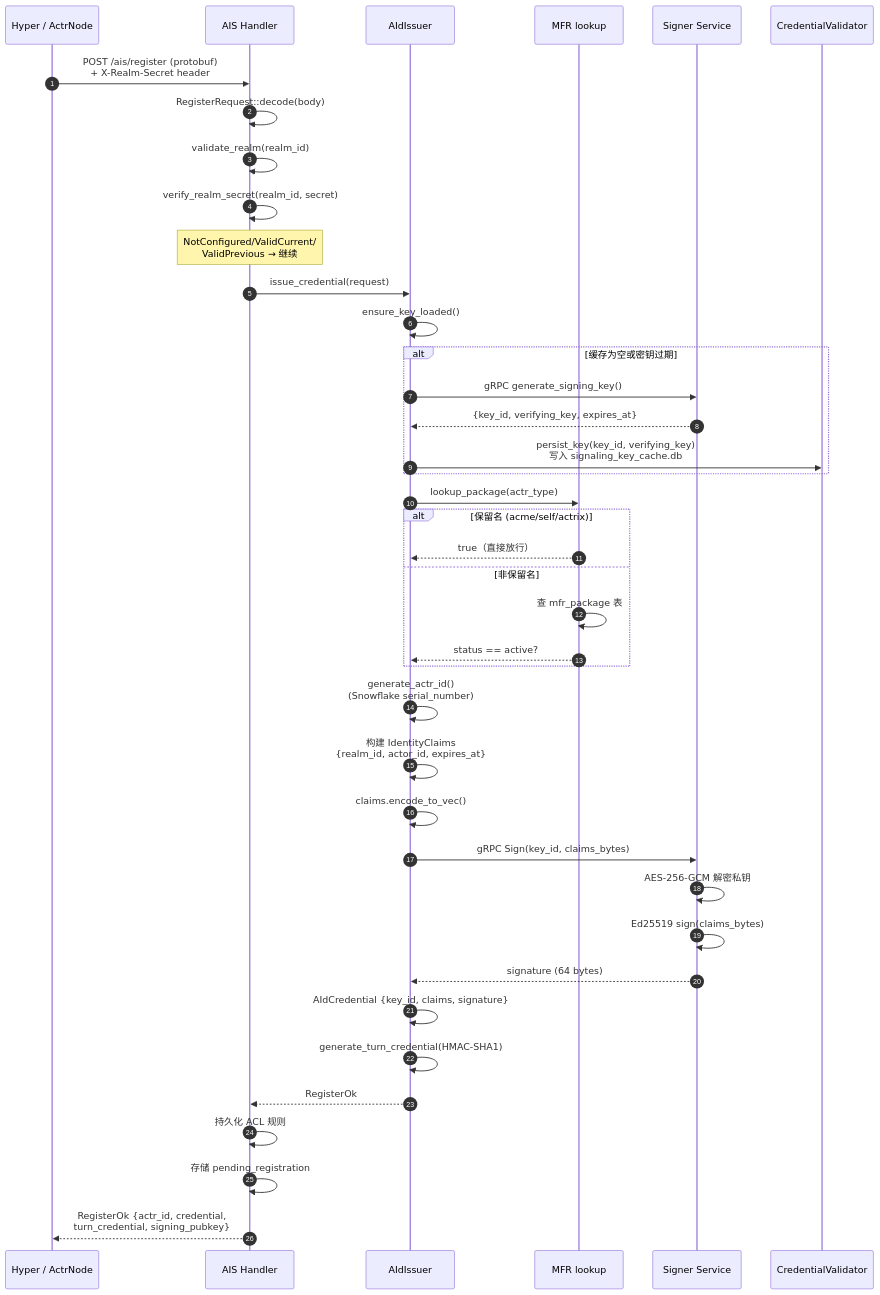
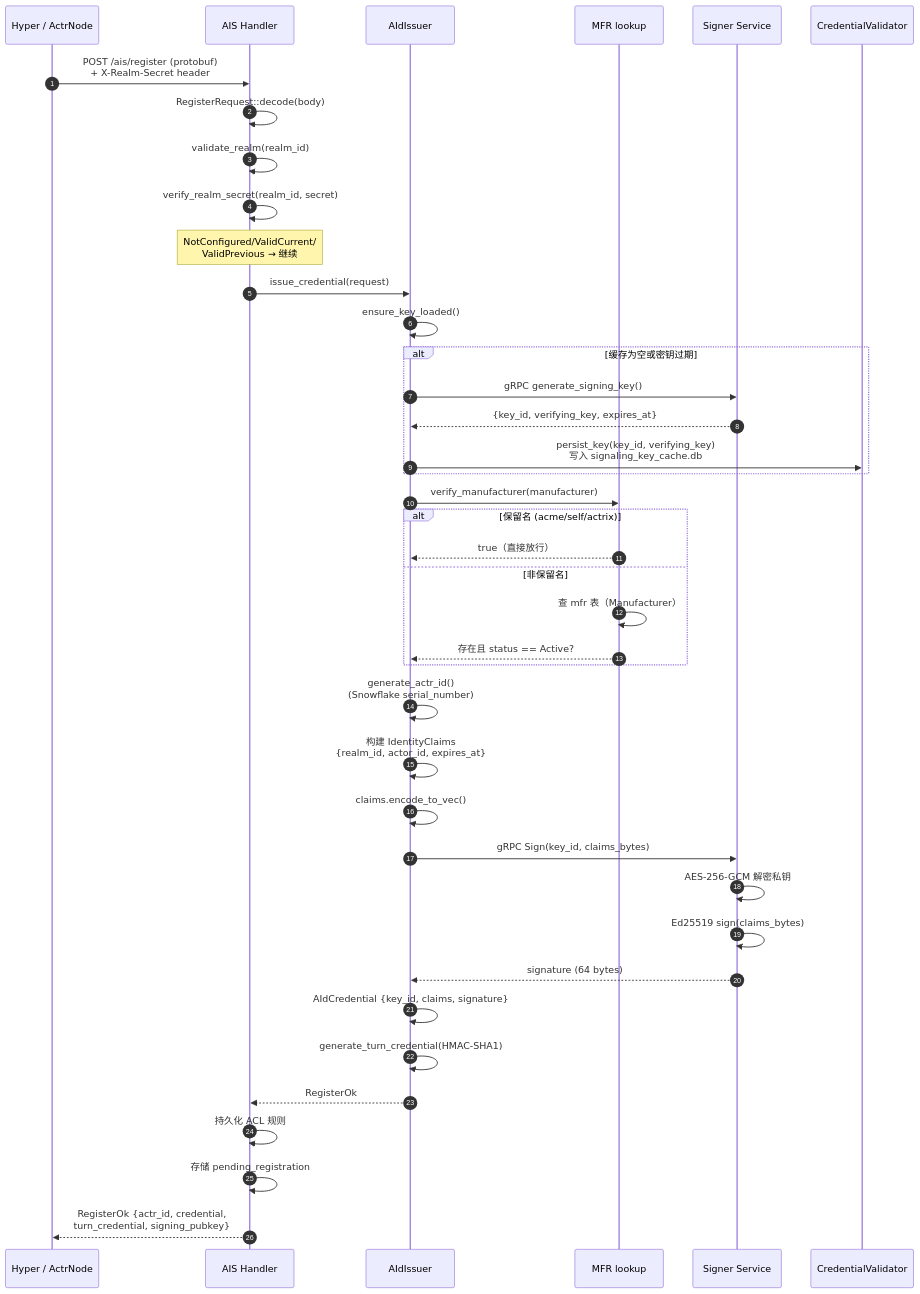
Before and after one commit to Actrium/actr: the seventh of 9 diagrams in docs/actr-sign-sequence-diagram.zh.md, drawn with Mermaid. The commit also changed other lines of this file and 1 other file, not shown here.

Commit message:
docs: update known issues with verify_manufacturer, package distribution, and solutions

````diff
--- a/docs/actr-sign-sequence-diagram.zh.md
+++ b/docs/actr-sign-sequence-diagram.zh.md
@@ -224,43 +228,43 @@
 ```mermaid
 sequenceDiagram
     autonumber
     participant Hyper as Hyper / ActrNode
     participant AIS as AIS Handler
     participant Issuer as AIdIssuer
     participant MFR as MFR lookup
     participant Signer as Signer Service
     participant Validator as CredentialValidator
 
     Hyper->>AIS: POST /ais/register (protobuf)<br/>+ X-Realm-Secret header
     AIS->>AIS: RegisterRequest::decode(body)
     AIS->>AIS: validate_realm(realm_id)
     AIS->>AIS: verify_realm_secret(realm_id, secret)
     Note over AIS: NotConfigured/ValidCurrent/<br/>ValidPrevious → 继续
     AIS->>Issuer: issue_credential(request)
     Issuer->>Issuer: ensure_key_loaded()
     alt 缓存为空或密钥过期
         Issuer->>Signer: gRPC generate_signing_key()
         Signer-->>Issuer: {key_id, verifying_key, expires_at}
         Issuer->>Validator: persist_key(key_id, verifying_key)<br/>写入 signaling_key_cache.db
     end
-    Issuer->>MFR: lookup_package(actr_type)
+    Issuer->>MFR: verify_manufacturer(manufacturer)
     alt 保留名 (acme/self/actrix)
         MFR-->>Issuer: true（直接放行）
     else 非保留名
-        MFR->>MFR: 查 mfr_package 表
-        MFR-->>Issuer: status == active?
+        MFR->>MFR: 查 mfr 表（Manufacturer）
+        MFR-->>Issuer: 存在且 status == Active?
     end
     Issuer->>Issuer: generate_actr_id()<br/>(Snowflake serial_number)
     Issuer->>Issuer: 构建 IdentityClaims<br/>{realm_id, actor_id, expires_at}
     Issuer->>Issuer: claims.encode_to_vec()
     Issuer->>Signer: gRPC Sign(key_id, claims_bytes)
     Signer->>Signer: AES-256-GCM 解密私钥
     Signer->>Signer: Ed25519 sign(claims_bytes)
     Signer-->>Issuer: signature (64 bytes)
     Issuer->>Issuer: AIdCredential {key_id, claims, signature}
     Issuer->>Issuer: generate_turn_credential(HMAC-SHA1)
     Issuer-->>AIS: RegisterOk
     AIS->>AIS: 持久化 ACL 规则
     AIS->>AIS: 存储 pending_registration
     AIS-->>Hyper: RegisterOk {actr_id, credential,<br/>turn_credential, signing_pubkey}
 ```
````
